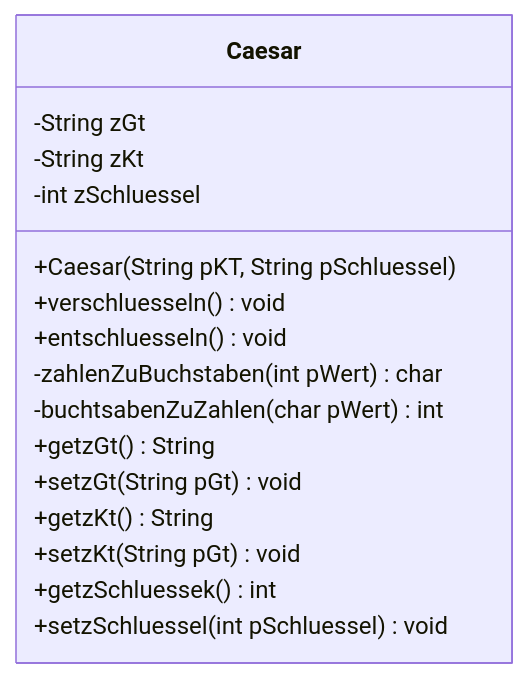
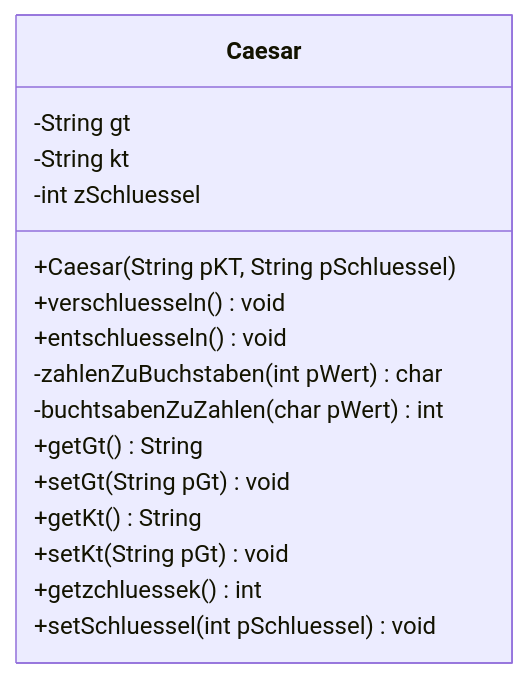
One commit to rueckertgym/begleitmaterial changed the first of 2 diagrams in book/kryptologie/Caesar_Modellierung.md. Above: the diagram before and after it, drawn with Mermaid. The commit also changed 1 other file, not shown here.

Commit message:
Aktualisieren book/kryptologie/Caesar_Modellierung.md, book/kryptologie/Vigenere Dokumentation und Klassendiagramm.md

````diff
--- a/book/kryptologie/Caesar_Modellierung.md
+++ b/book/kryptologie/Caesar_Modellierung.md
@@ -11,19 +11,19 @@
 ```mermaid
 classDiagram
       class Caesar{
-          -String zGt
-          -String zKt
+          -String gt
+          -String kt
           -int zSchluessel
           +Caesar(String pKT, String pSchluessel)
           +verschluesseln() void
           +entschluesseln() void
           -zahlenZuBuchstaben(int pWert) char
           -buchtsabenZuZahlen(char pWert) int
-          +getzGt() String
-          +setzGt(String pGt) void
-          +getzKt() String
-          +setzKt(String pGt) void         
-          +getzSchluessek() int
-          +setzSchluessel(int pSchluessel) void
+          +getGt() String
+          +setGt(String pGt) void
+          +getKt() String
+          +setKt(String pGt) void         
+          +getzchluessek() int
+          +setSchluessel(int pSchluessel) void
         }
  ```
````
